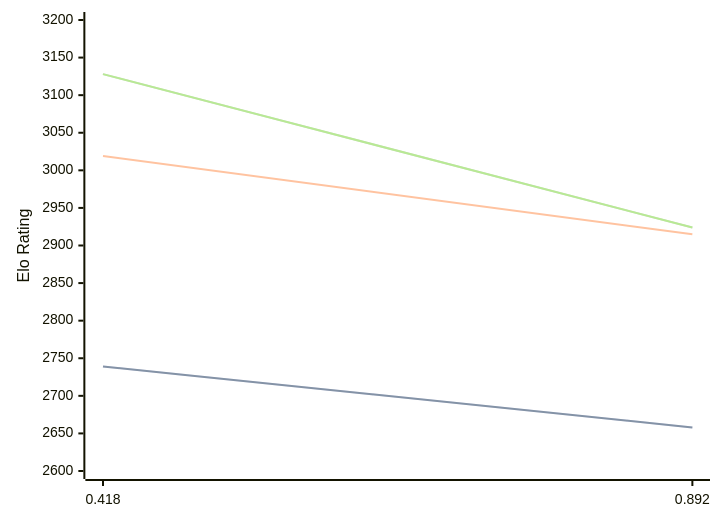
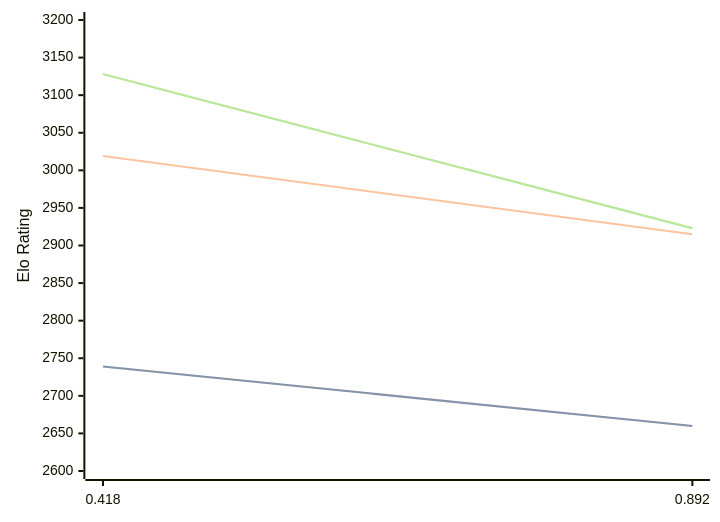
The diagram in engines/Malika.md (computer-chess-index/cci), drawn with Mermaid before and after one commit. The commit also changed other lines of this file, not shown here.

Commit message:
Update CCI Ratings (ELO VLTC) - 2026-03-24

````diff
--- a/engines/Malika.md
+++ b/engines/Malika.md
@@ -32,11 +32,11 @@
 ```mermaid
 %%{init: {"theme":"base","themeVariables":{"seriesColors:['#a3a3a3','#222221','#faa371']}}}%%
 xychart-beta
   x-axis ["0.418", "0.892"]
   y-axis "Elo Rating" 2600 --> 3200
-  line "STC (8.0+0.08s)" [2739, 2658]
-  line "STC (8.0+0.08s)" [2739, 2658]
+  line "STC (8.0+0.08s)" [2739, 2660]
+  line "STC (8.0+0.08s)" [2739, 2660]
   line "LTC (60.0+0.60s)" [3019, 2915]
-  line "VLTC (2m24s+1.12s)" [3128, 2924]
-  line "VLTC (2m24s+1.12s)" [3128, 2924]
+  line "VLTC (2m24s+1.12s)" [3128, 2923]
+  line "VLTC (2m24s+1.12s)" [3128, 2923]
 ```
````
